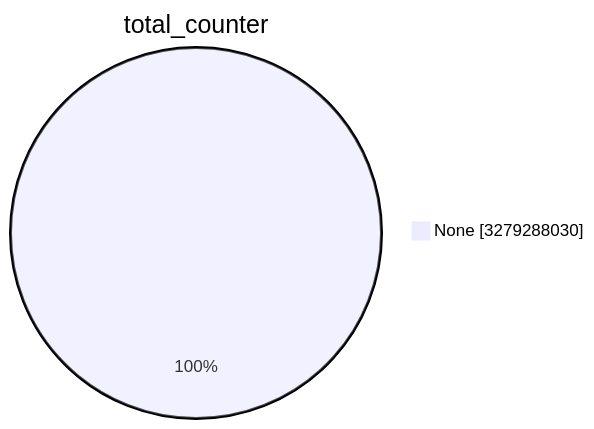
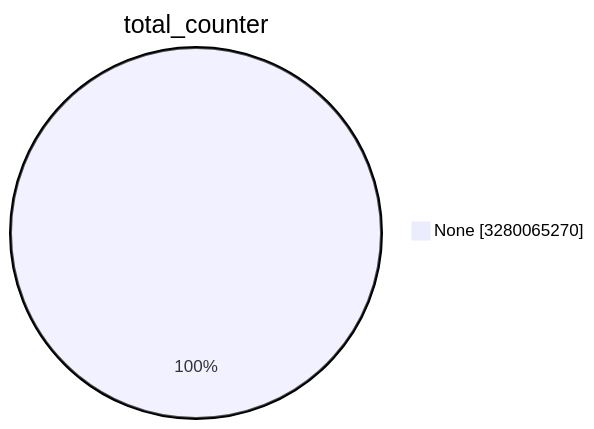
The first of 15 diagrams in TOTAL/README.md (christiankrug/ctmonitor_visualization), drawn with Mermaid before and after one commit. The commit also changed other lines of this file, not shown here.

````diff
--- a/TOTAL/README.md
+++ b/TOTAL/README.md
@@ -1,5 +1,5 @@
 ```mermaid
 pie showData
 title total_counter
-"None" :3279288030
+"None" :3280065270
 ```
````
